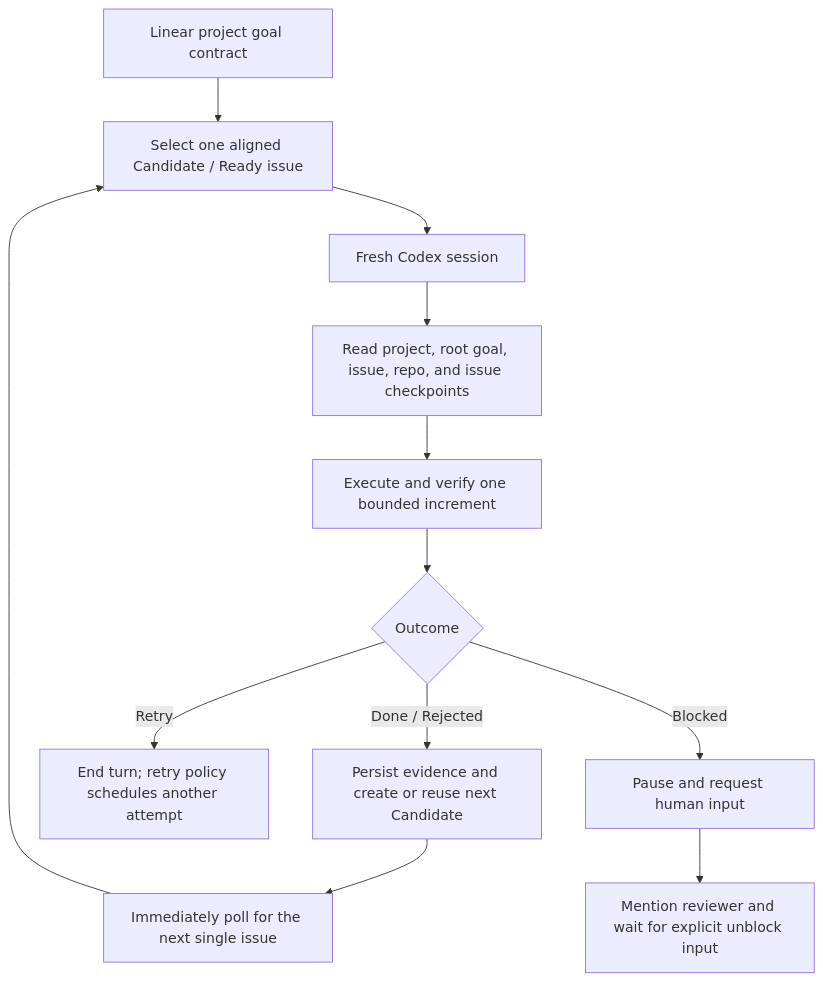
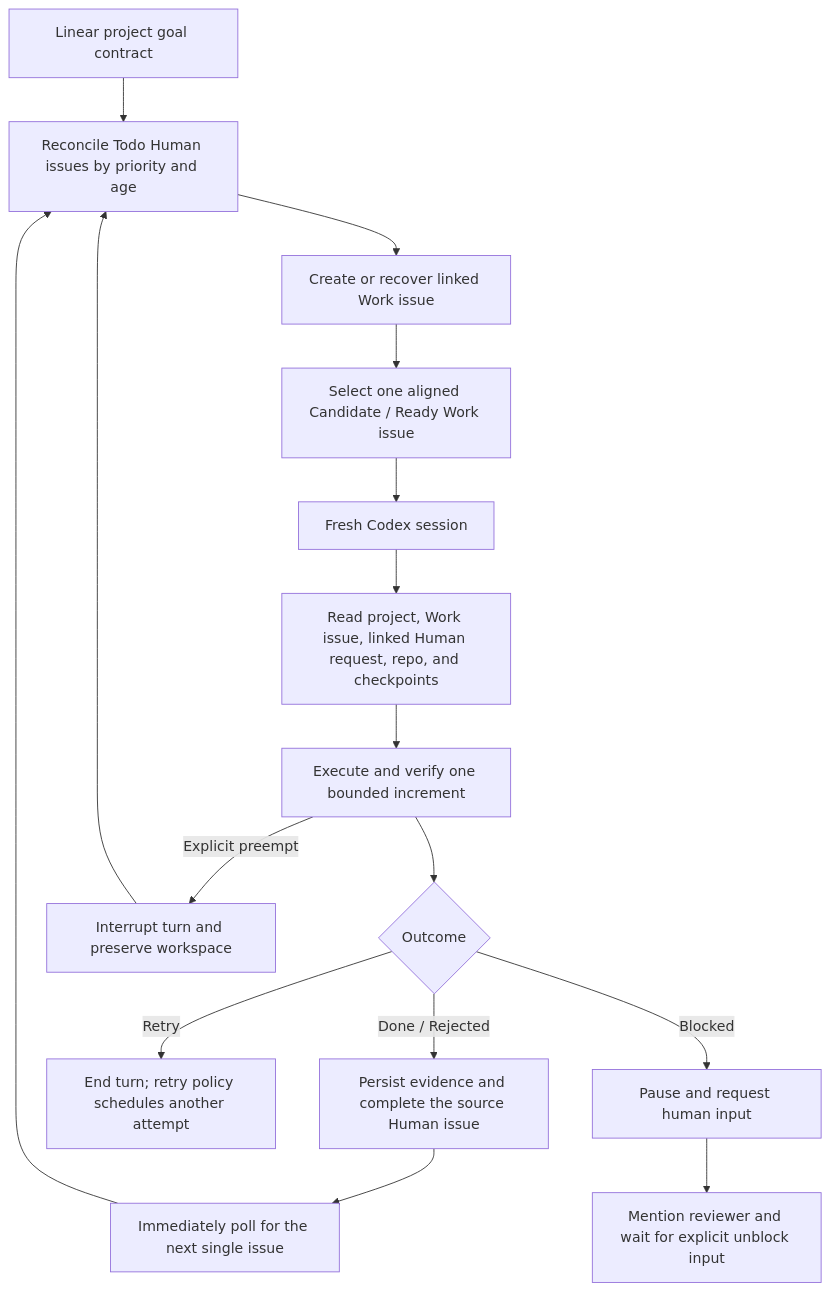
Before and after one commit to djm07073/loophony: the diagram in README.md, drawn with Mermaid. The commit also changed other lines of this file and 72 other files, not shown here.

````diff
--- a/README.md
+++ b/README.md
@@ -206,14 +306,18 @@
 ```mermaid
 flowchart TD
-    A["Linear project goal contract"] --> B["Select one aligned Candidate / Ready issue"]
-    B --> C["Fresh Codex session"]
-    C --> D["Read project, root goal, issue, repo, and issue checkpoints"]
-    D --> E["Execute and verify one bounded increment"]
-    E --> F{"Outcome"}
-    F -->|"Done / Rejected"| G["Persist evidence and create or reuse next Candidate"]
-    F -->|"Retry"| H["End turn; retry policy schedules another attempt"]
-    F -->|"Blocked"| I["Pause and request human input"]
-    G --> K["Immediately poll for the next single issue"]
-    I --> L["Mention reviewer and wait for explicit unblock input"]
-    K --> B
+    A["Linear project goal contract"] --> B["Reconcile Todo Human issues by priority and age"]
+    B --> C["Create or recover linked Work issue"]
+    C --> D["Select one aligned Candidate / Ready Work issue"]
+    D --> E["Fresh Codex session"]
+    E --> F["Read project, Work issue, linked Human request, repo, and checkpoints"]
+    F --> G["Execute and verify one bounded increment"]
+    G --> H{"Outcome"}
+    H -->|"Done / Rejected"| I["Persist evidence and complete the source Human issue"]
+    H -->|"Retry"| J["End turn; retry policy schedules another attempt"]
+    H -->|"Blocked"| K["Pause and request human input"]
+    G -->|"Explicit preempt"| L["Interrupt turn and preserve workspace"]
+    I --> M["Immediately poll for the next single issue"]
+    K --> N["Mention reviewer and wait for explicit unblock input"]
+    L --> B
+    M --> B
 ```
````
